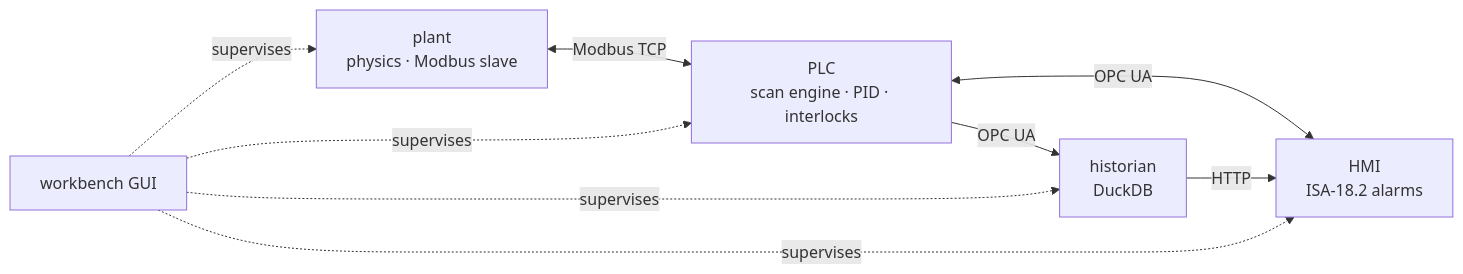
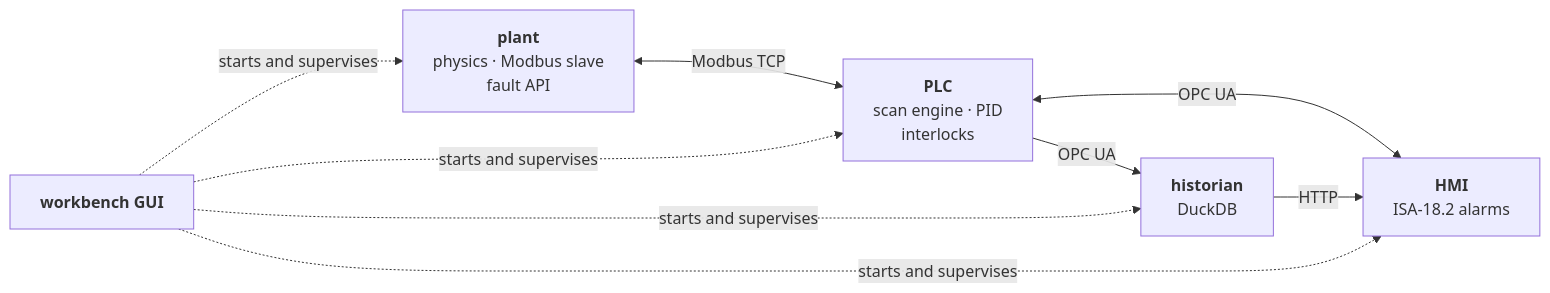
The fourth of 5 diagrams in README.md (mhmodir/pyplant), drawn with Mermaid before and after one commit. The commit also changed other lines of this file, not shown here.

````diff
--- a/README.md
+++ b/README.md
@@ -471,8 +195,8 @@
 ```mermaid
 flowchart LR
-    plant["plant<br/>physics · Modbus slave"] <-- "Modbus TCP" --> plc["PLC<br/>scan engine · PID · interlocks"]
-    plc -- "OPC UA" --> hist["historian<br/>DuckDB"]
-    plc <-- "OPC UA" --> hmi["HMI<br/>ISA-18.2 alarms"]
+    plant["<b>plant</b><br/>physics · Modbus slave<br/>fault API"] <-- "Modbus TCP" --> plc["<b>PLC</b><br/>scan engine · PID<br/>interlocks"]
+    plc -- "OPC UA" --> hist["<b>historian</b><br/>DuckDB"]
+    plc <-- "OPC UA" --> hmi["<b>HMI</b><br/>ISA-18.2 alarms"]
     hist -- "HTTP" --> hmi
-    wb["workbench GUI"] -. "supervises" .-> plant & plc & hist & hmi
+    wb["<b>workbench GUI</b>"] -. "starts and supervises" .-> plant & plc & hist & hmi
 ```
````
